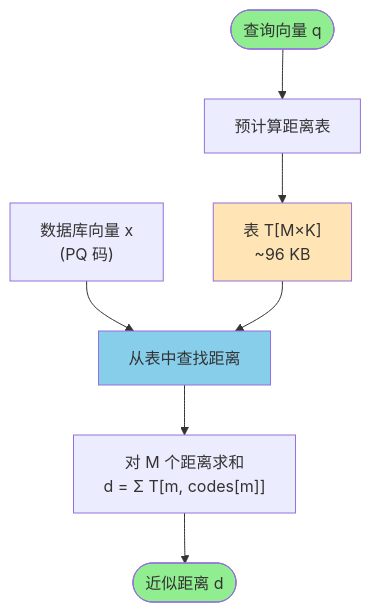
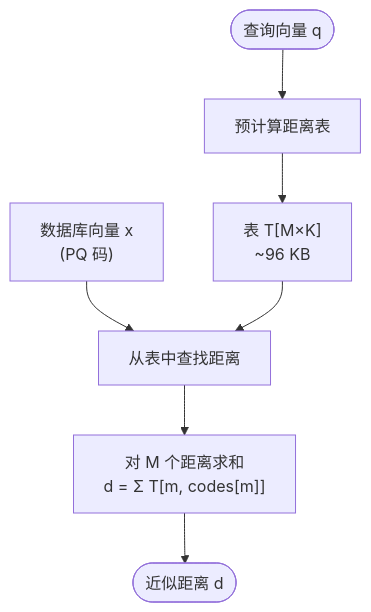
Before and after one commit to nexepic/zyx: the second of 2 diagrams in docs/zh/algorithms/product-quantization.md, drawn with Mermaid. The commit also changed other lines of this file and 13 other files, not shown here.

First line of the commit message:
fix: remove ASCII art and colorful diagrams from algorithm docs

````diff
--- a/docs/zh/algorithms/product-quantization.md
+++ b/docs/zh/algorithms/product-quantization.md
@@ -303,16 +294,11 @@
 ```mermaid
 flowchart TD
     Start([查询向量 q]) --> Precompute[预计算距离表]
     Precompute --> Table["表 T[M×K]<br/>~96 KB"]
 
     Database["数据库向量 x<br/>(PQ 码)"] --> Lookup[从表中查找距离]
 
     Table --> Lookup
     Lookup --> Sum["对 M 个距离求和<br/>d = Σ T[m, codes[m]]"]
     Sum --> Return([近似距离 d])
-
-    style Start fill:#90EE90
-    style Return fill:#90EE90
-    style Table fill:#FFE4B5
-    style Lookup fill:#87CEEB
 ```
````
